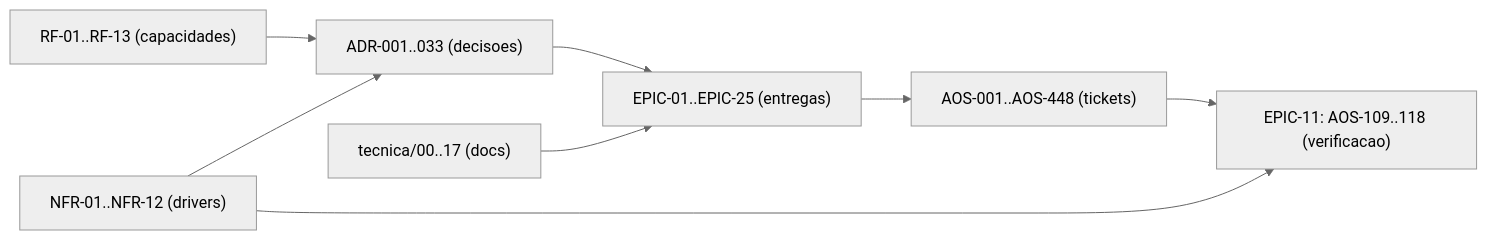
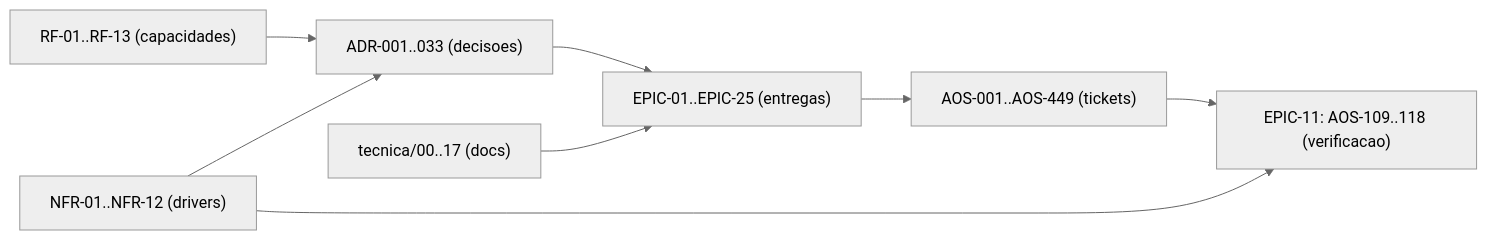
The diagram in tecnica/16_Rastreabilidade_RTM.md (albinoJimy/aos), drawn with Mermaid (neutral theme) before and after one commit. The commit also changed other lines of this file and 7 other files, not shown here.

````diff
--- a/tecnica/16_Rastreabilidade_RTM.md
+++ b/tecnica/16_Rastreabilidade_RTM.md
@@ -195,10 +195,10 @@
 ```mermaid
 flowchart LR
     RF["RF-01..RF-13 (capacidades)"] --> ADR["ADR-001..033 (decisoes)"]
     NFR["NFR-01..NFR-12 (drivers)"] --> ADR
     ADR --> EPIC["EPIC-01..EPIC-25 (entregas)"]
-    EPIC --> TICK["AOS-001..AOS-448 (tickets)"]
+    EPIC --> TICK["AOS-001..AOS-449 (tickets)"]
     DOC["tecnica/00..17 (docs)"] --> EPIC
     TICK --> TEST["EPIC-11: AOS-109..118 (verificacao)"]
     NFR --> TEST
 ```
````
